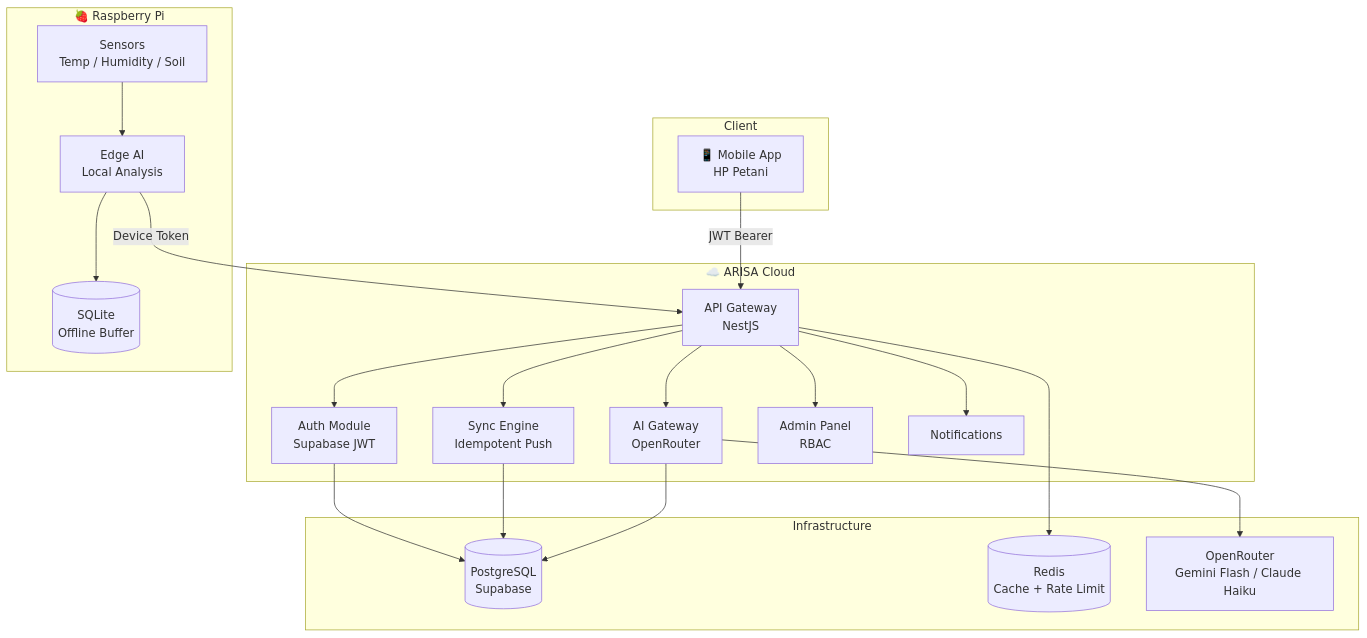
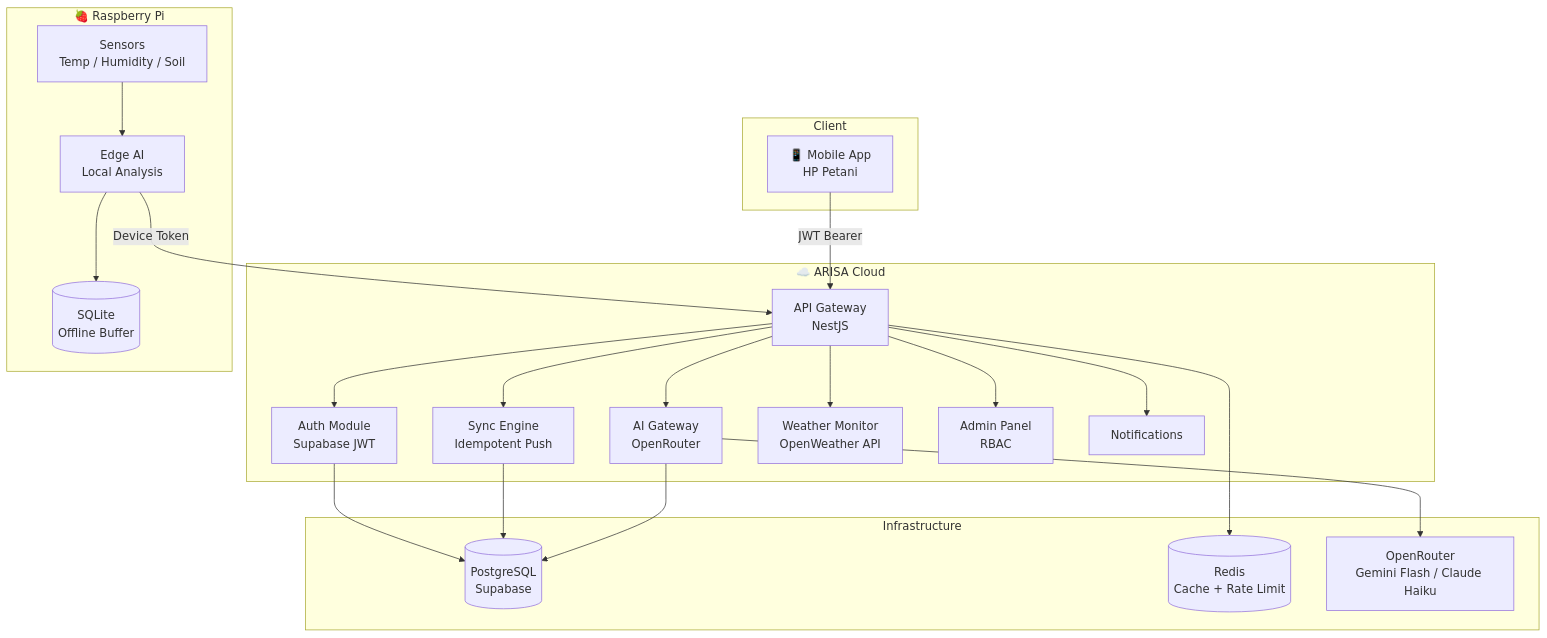
The first of 5 diagrams in README.md (arisachan2026-ux/backend-arisa), drawn with Mermaid before and after one commit. The commit also changed other lines of this file and 48 other files, not shown here.

````diff
--- a/README.md
+++ b/README.md
@@ -40,44 +40,46 @@
 ```mermaid
 graph TB
     subgraph Client
         APP[📱 Mobile App<br/>HP Petani]
     end
 
     subgraph Cloud["☁️ ARISA Cloud"]
         GW[API Gateway<br/>NestJS]
         AUTH[Auth Module<br/>Supabase JWT]
         SYNC[Sync Engine<br/>Idempotent Push]
         AI[AI Gateway<br/>OpenRouter]
+        WEATHER[Weather Monitor<br/>OpenWeather API]
         ADMIN[Admin Panel<br/>RBAC]
         NOTIF[Notifications]
     end
 
     subgraph Edge["🍓 Raspberry Pi"]
         EDGE_AI[Edge AI<br/>Local Analysis]
         SQLITE[(SQLite<br/>Offline Buffer)]
         SENSORS[Sensors<br/>Temp / Humidity / Soil]
     end
 
     subgraph Infra["Infrastructure"]
         PG[(PostgreSQL<br/>Supabase)]
         REDIS[(Redis<br/>Cache + Rate Limit)]
         OR[OpenRouter<br/>Gemini Flash / Claude Haiku]
     end
 
     APP -->|JWT Bearer| GW
     EDGE_AI -->|Device Token| GW
     SENSORS --> EDGE_AI
     EDGE_AI --> SQLITE
 
     GW --> AUTH
     GW --> SYNC
     GW --> AI
     GW --> ADMIN
+    GW --> WEATHER
     GW --> NOTIF
 
     AUTH --> PG
     SYNC --> PG
     AI --> OR
     AI --> PG
     GW --> REDIS
 ```
````
